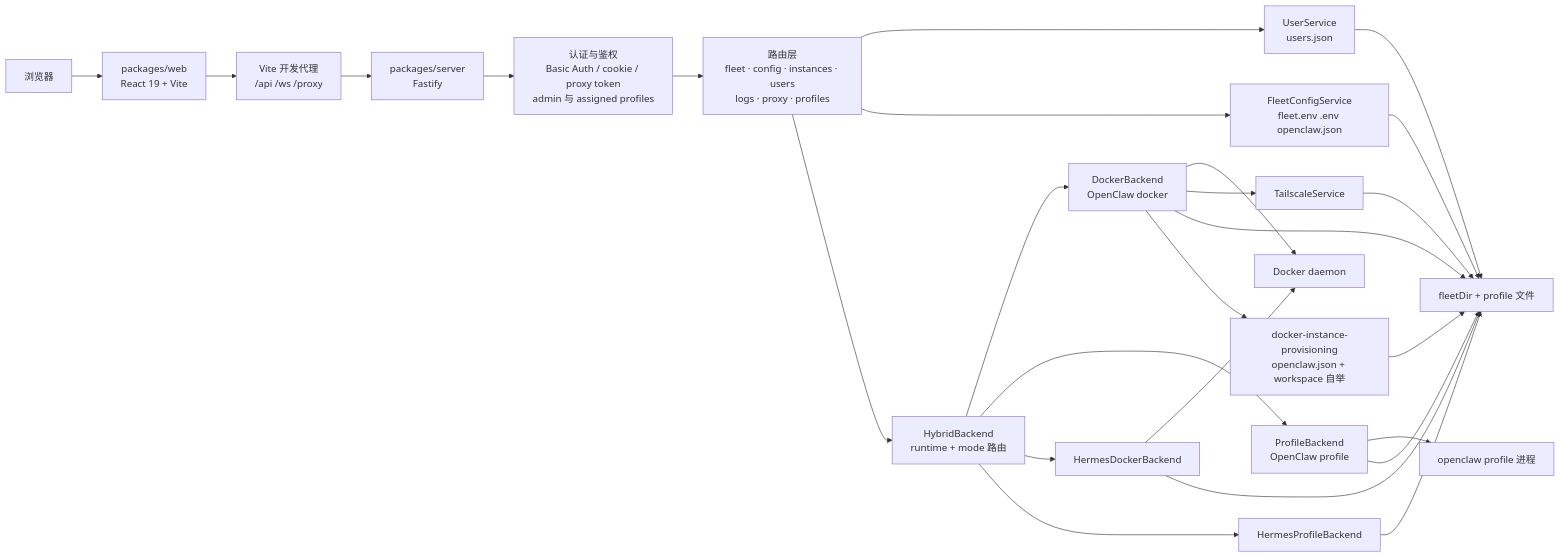
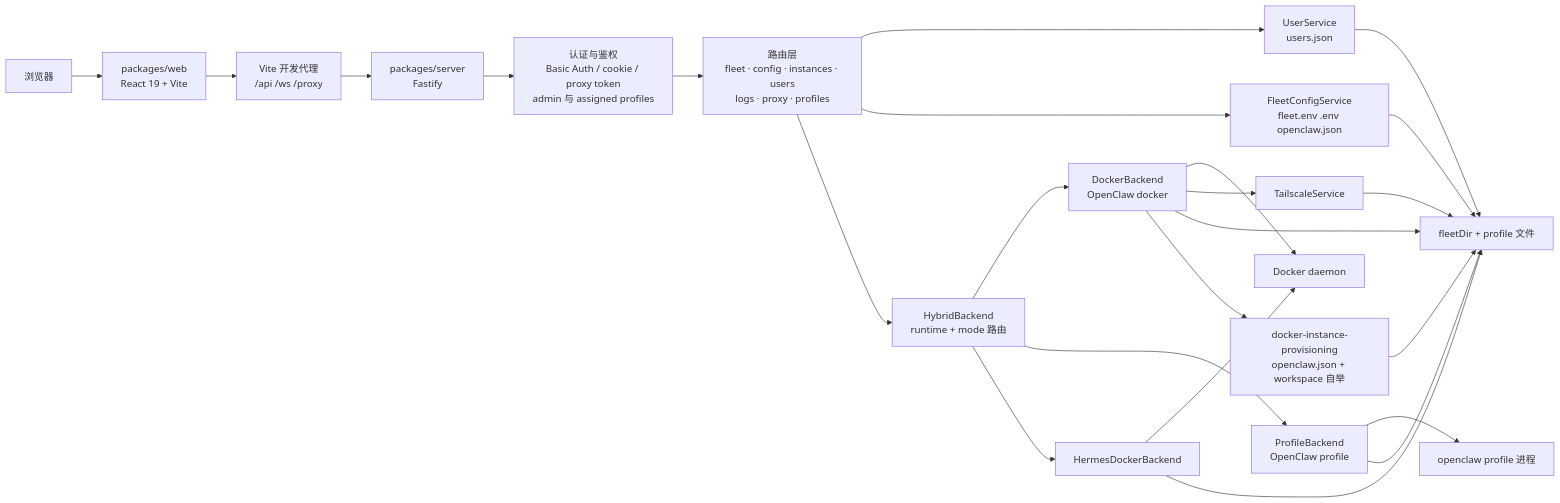
One commit to qiyuangong/claw-fleet-manager changed the diagram in docs/arch/README_CN.md. Above: the diagram before and after it, drawn with Mermaid. The commit also changed other lines of this file and 23 other files, not shown here.

````diff
--- a/docs/arch/README_CN.md
+++ b/docs/arch/README_CN.md
@@ -28,47 +27,44 @@
 ```mermaid
 flowchart LR
     Browser["浏览器"]
     Web["packages/web<br/>React 19 + Vite"]
     Vite["Vite 开发代理<br/>/api /ws /proxy"]
     Server["packages/server<br/>Fastify"]
     Auth["认证与鉴权<br/>Basic Auth / cookie / proxy token<br/>admin 与 assigned profiles"]
     Routes["路由层<br/>fleet · config · instances · users<br/>logs · proxy · profiles"]
     Backend["HybridBackend<br/>runtime + mode 路由"]
     OCDocker["DockerBackend<br/>OpenClaw docker"]
     OCProfile["ProfileBackend<br/>OpenClaw profile"]
     HermesDocker["HermesDockerBackend"]
-    HermesProfile["HermesProfileBackend"]
     UserSvc["UserService<br/>users.json"]
     FleetCfg["FleetConfigService<br/>fleet.env .env openclaw.json"]
     Provision["docker-instance-provisioning<br/>openclaw.json + workspace 自举"]
     Tail["TailscaleService"]
     Docker["Docker daemon"]
     OpenClaw["openclaw profile 进程"]
     Files["fleetDir + profile 文件"]
 
     Browser --> Web
     Web --> Vite
     Vite --> Server
     Server --> Auth
     Auth --> Routes
     Routes --> UserSvc
     Routes --> FleetCfg
     Routes --> Backend
     Backend --> OCDocker
     Backend --> OCProfile
     Backend --> HermesDocker
-    Backend --> HermesProfile
     OCDocker --> Docker
     OCDocker --> Tail
     OCDocker --> Files
     OCDocker --> Provision
     Provision --> Files
     OCProfile --> OpenClaw
     OCProfile --> Files
     HermesDocker --> Docker
     HermesDocker --> Files
-    HermesProfile --> Files
     UserSvc --> Files
     FleetCfg --> Files
     Tail --> Files
 ```
````
